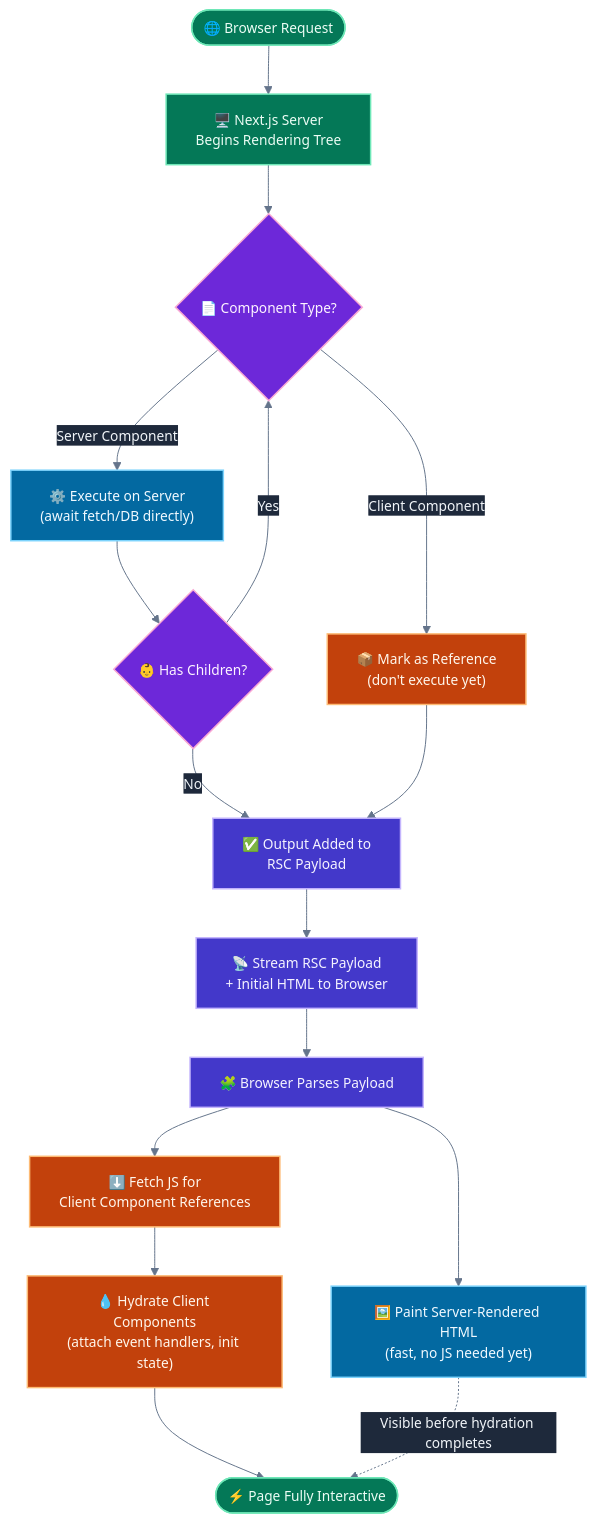
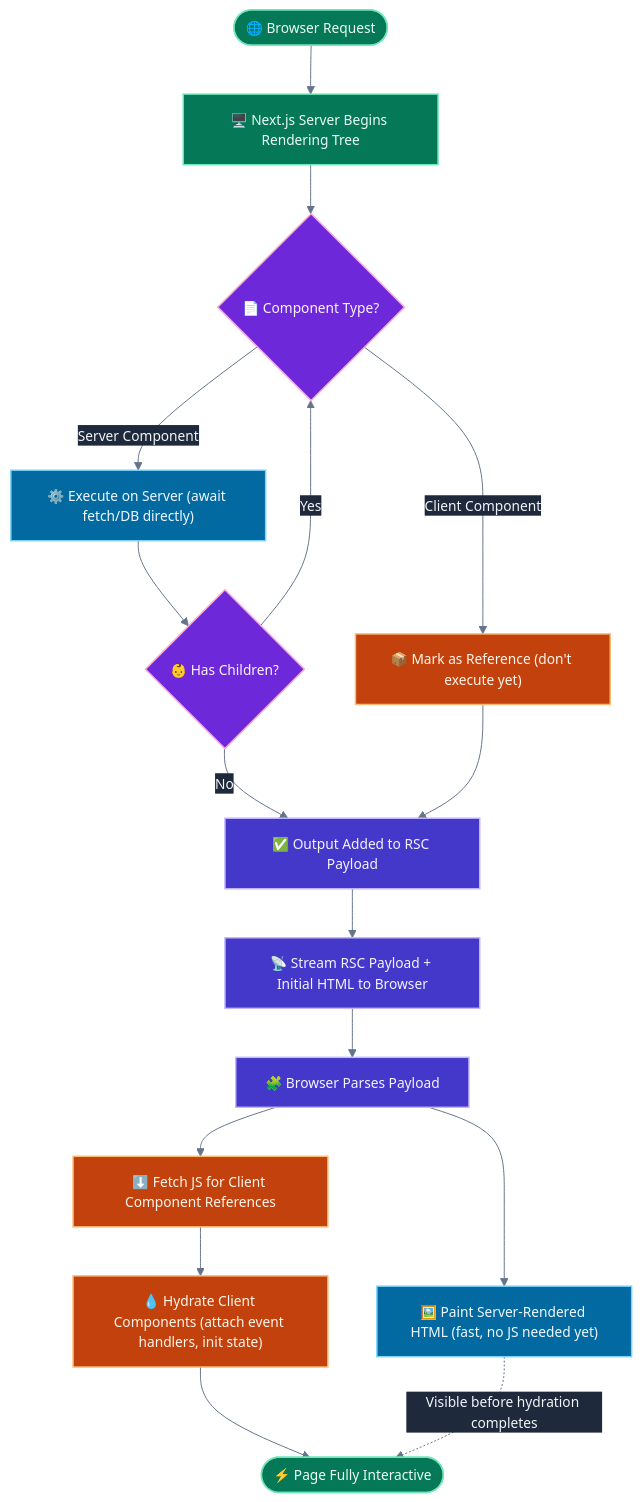
One commit to vinayakhumberi/litmus changed the first of 2 diagrams in data/topics/server-client-components.md. Above: the diagram before and after it, drawn with Mermaid. The commit also changed 68 other files, not shown here.

````diff
--- a/data/topics/server-client-components.md
+++ b/data/topics/server-client-components.md
@@ -109,42 +109,42 @@
 ```mermaid
 %%{init: {"theme": "base", "themeVariables": {"background":"transparent","primaryColor":"#334155","primaryTextColor":"#f1f5f9","primaryBorderColor":"#64748b","lineColor":"#64748b","edgeLabelBackground":"#1e293b","textColor":"#f1f5f9","fontFamily":"\"Plus Jakarta Sans\", sans-serif","fontSize":"14px"}}}%%
 flowchart TD
-    A(["🌐 Browser Request"]) --> B["🖥️ Next.js Server<br>Begins Rendering Tree"]
+    A(["🌐 Browser Request"]) --> B["🖥️ Next.js Server Begins Rendering Tree"]
 
     B --> C{"📄 Component Type?"}
 
-    C -- "Server Component" --> D["⚙️ Execute on Server<br>(await fetch/DB directly)"]
-    C -- "Client Component" --> E["📦 Mark as Reference<br>(don't execute yet)"]
+    C -- "Server Component" --> D["⚙️ Execute on Server (await fetch/DB directly)"]
+    C -- "Client Component" --> E["📦 Mark as Reference (don't execute yet)"]
 
     D --> F{"👶 Has Children?"}
     F -- "Yes" --> C
-    F -- "No" --> G["✅ Output Added to<br>RSC Payload"]
+    F -- "No" --> G["✅ Output Added to RSC Payload"]
 
     E --> G
 
-    G --> H["📡 Stream RSC Payload<br>+ Initial HTML to Browser"]
+    G --> H["📡 Stream RSC Payload + Initial HTML to Browser"]
 
     H --> I["🧩 Browser Parses Payload"]
 
-    I --> J["🖼️ Paint Server-Rendered HTML<br>(fast, no JS needed yet)"]
+    I --> J["🖼️ Paint Server-Rendered HTML (fast, no JS needed yet)"]
 
-    I --> K["⬇️ Fetch JS for<br>Client Component References"]
+    I --> K["⬇️ Fetch JS for Client Component References"]
 
-    K --> L["💧 Hydrate Client Components<br>(attach event handlers, init state)"]
+    K --> L["💧 Hydrate Client Components (attach event handlers, init state)"]
 
     L --> M(["⚡ Page Fully Interactive"])
     J -.->|"Visible before hydration completes"| M
 
     classDef serverStage fill:#0369a1,stroke:#7dd3fc,color:#f0f9ff,stroke-width:1.5px;
     classDef clientStage fill:#c2410c,stroke:#fdba74,color:#fff7ed,stroke-width:1.5px;
     classDef payloadStage fill:#4338ca,stroke:#c4b5fd,color:#f5f3ff,stroke-width:1.5px;
     classDef decisionStage fill:#6d28d9,stroke:#f9a8d4,color:#fdf4ff,stroke-width:1.5px;
     classDef doneStage fill:#047857,stroke:#6ee7b7,color:#ecfdf5,stroke-width:1.5px;
 
     class A,B doneStage;
     class C,F decisionStage;
     class D,J serverStage;
     class E,K,L clientStage;
     class G,H,I payloadStage;
     class M doneStage;
 ```
````
